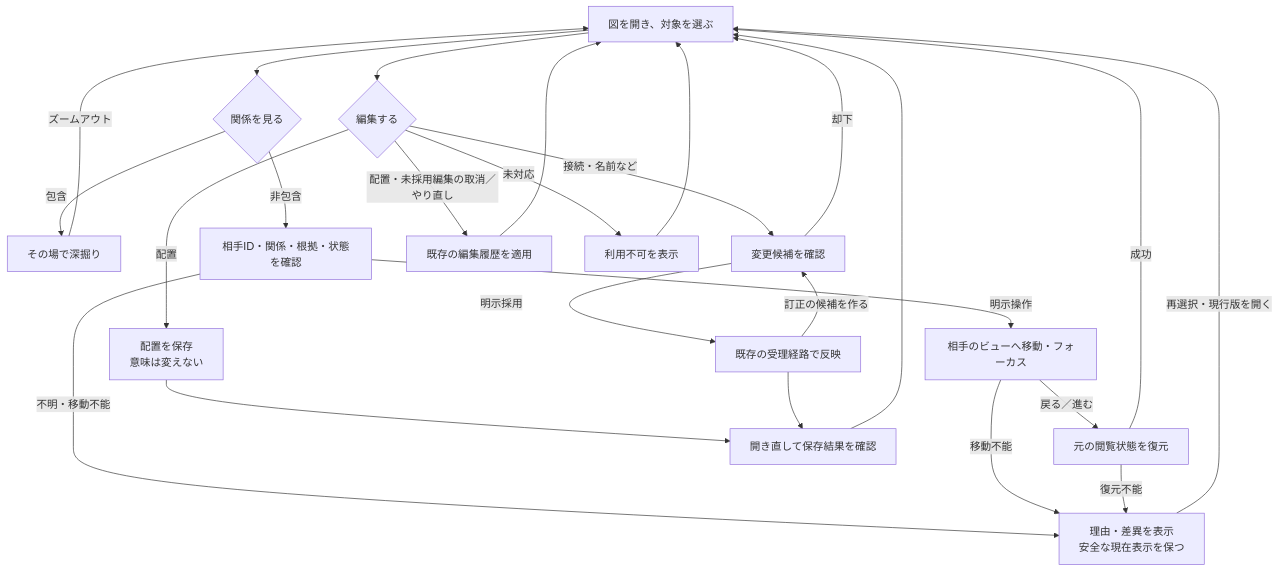
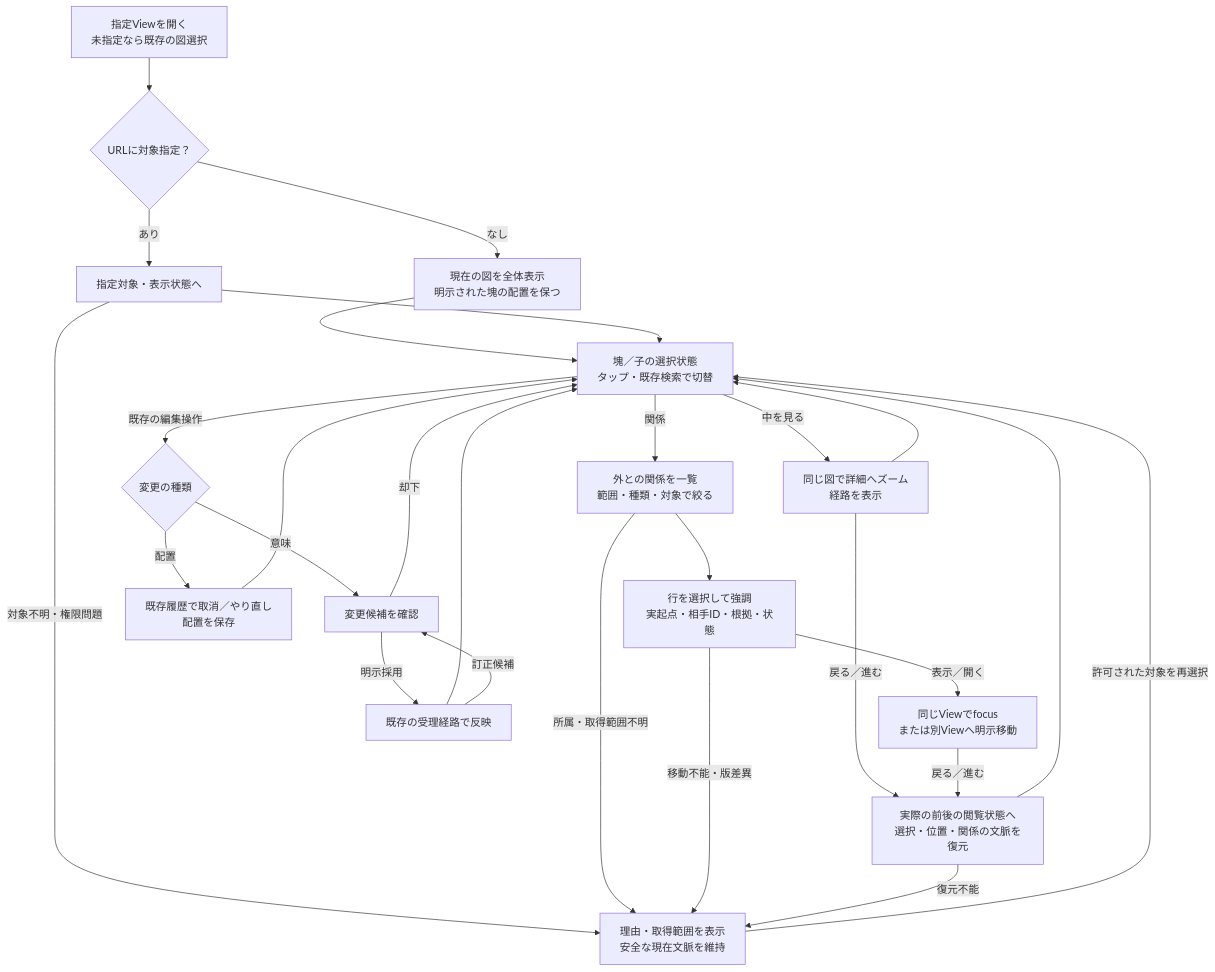
The first of 2 diagrams in docs/proposals/semantic-map-ux-verification-closure-345-397.md (roccho-dev/ui), drawn with Mermaid before and after one commit. The commit also changed other lines of this file, not shown here.

Commit message:
docs: specify initial diagram chunks and concrete navigation UX

````diff
--- a/docs/proposals/semantic-map-ux-verification-closure-345-397.md
+++ b/docs/proposals/semantic-map-ux-verification-closure-345-397.md
@@ -27,28 +78,29 @@
 ```mermaid
 flowchart TD
-    A["図を開き、対象を選ぶ"]
-    A --> B{"関係を見る"}
-    B -->|包含| C["その場で深掘り"]
-    C -->|ズームアウト| A
-    B -->|非包含| D["相手ID・関係・根拠・状態を確認"]
-    D -->|明示操作| E["相手のビューへ移動・フォーカス"]
-    E -->|戻る／進む| F["元の閲覧状態を復元"]
-    F -->|成功| A
-    D -->|不明・移動不能| X["理由・差異を表示<br/>安全な現在表示を保つ"]
-    E -->|移動不能| X
-    F -->|復元不能| X
-    X -->|再選択・現行版を開く| A
-    A --> G{"編集する"}
-    G -->|配置| H["配置を保存<br/>意味は変えない"]
-    G -->|接続・名前など| I["変更候補を確認"]
-    I -->|明示採用| J["既存の受理経路で反映"]
-    I -->|却下| A
-    G -->|配置・未採用編集の取消／やり直し| K["既存の編集履歴を適用"]
-    K --> A
-    G -->|未対応| U["利用不可を表示"]
-    U --> A
-    H --> L["開き直して保存結果を確認"]
-    J --> L
-    L --> A
-    J -->|訂正の候補を作る| I
+    A["指定Viewを開く<br/>未指定なら既存の図選択"] --> B{"URLに対象指定？"}
+    B -->|あり| C["指定対象・表示状態へ"]
+    B -->|なし| D["現在の図を全体表示<br/>明示された塊の配置を保つ"]
+    D --> S["塊／子の選択状態<br/>タップ・既存検索で切替"]
+    C --> S
+    S -->|中を見る| Z["同じ図で詳細へズーム<br/>経路を表示"]
+    Z --> S
+    S -->|関係| R["外との関係を一覧<br/>範囲・種類・対象で絞る"]
+    R --> T["行を選択して強調<br/>実起点・相手ID・根拠・状態"]
+    T -->|表示／開く| N["同じViewでfocus<br/>または別Viewへ明示移動"]
+    Z -->|戻る／進む| H["実際の前後の閲覧状態へ<br/>選択・位置・関係の文脈を復元"]
+    N -->|戻る／進む| H
+    H --> S
+    C -->|対象不明・権限問題| X["理由・取得範囲を表示<br/>安全な現在文脈を維持"]
+    R -->|所属・取得範囲不明| X
+    T -->|移動不能・版差異| X
+    H -->|復元不能| X
+    X -->|許可された対象を再選択| S
+    S -->|既存の編集操作| E{"変更の種類"}
+    E -->|配置| L["既存履歴で取消／やり直し<br/>配置を保存"]
+    E -->|意味| K["変更候補を確認"]
+    K -->|明示採用| O["既存の受理経路で反映"]
+    K -->|却下| S
+    L --> S
+    O --> S
+    O -->|訂正候補| K
 ```
````
